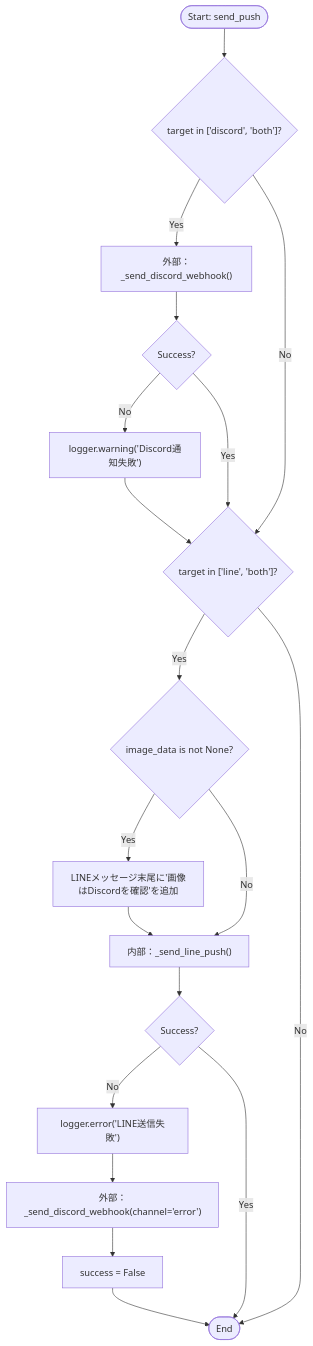
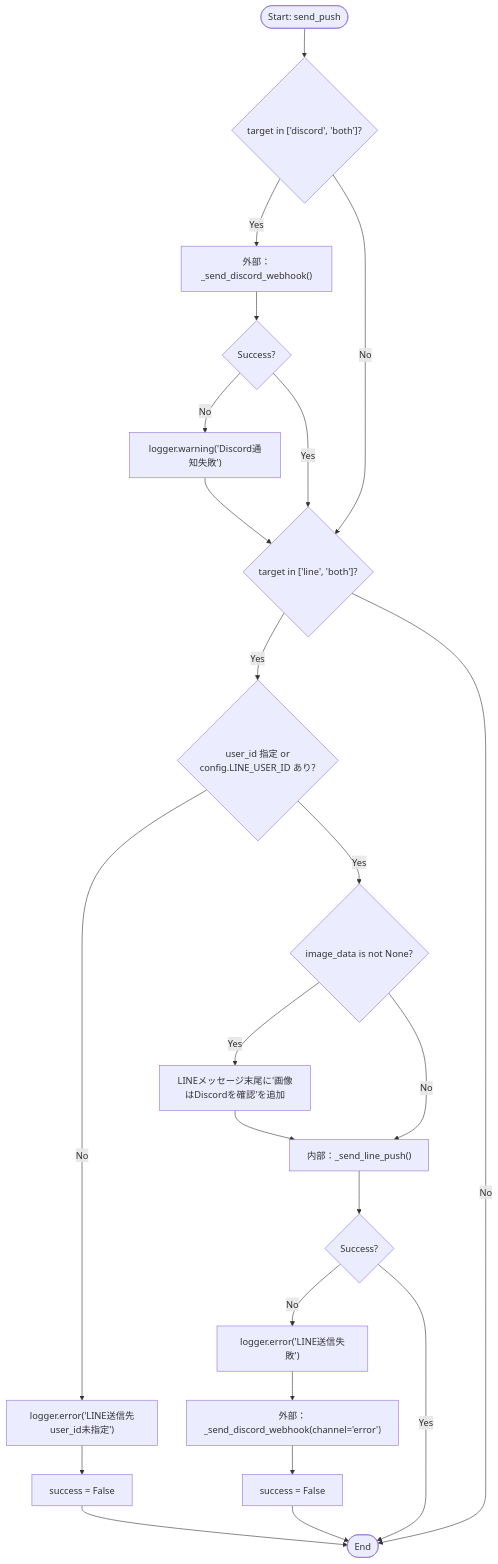
One commit to mmtigers/my_python_project changed the first of 2 diagrams in docs/specifications/MY_HOME_SYSTEM/notification_service.md. Above: the diagram before and after it, drawn with Mermaid. The commit also changed other lines of this file and 33 other files, not shown here.

````diff
--- a/docs/specifications/MY_HOME_SYSTEM/notification_service.md
+++ b/docs/specifications/MY_HOME_SYSTEM/notification_service.md
@@ -209,27 +209,32 @@
 ```mermaid
 flowchart TD
     Start([Start: send_push]) --> TargetCheckDiscord{"target in ['discord', 'both']?"}
     
     TargetCheckDiscord -- Yes --> DiscordSend["外部：_send_discord_webhook()"]
     DiscordSend --> DiscordSuccessCheck{"Success?"}
     DiscordSuccessCheck -- No --> DiscordLogWarning["logger.warning('Discord通知失敗')"]
     DiscordLogWarning --> TargetCheckLine
     DiscordSuccessCheck -- Yes --> TargetCheckLine
     
     TargetCheckDiscord -- No --> TargetCheckLine{"target in ['line', 'both']?"}
     
-    TargetCheckLine -- Yes --> ImageDataCheck{"image_data is not None?"}
+    TargetCheckLine -- Yes --> ResolveUserId{"user_id 指定 or<br/>config.LINE_USER_ID あり?"}
+    ResolveUserId -- No --> LogNoUserId["logger.error('LINE送信先user_id未指定')"]
+    LogNoUserId --> SetSuccessFalseNoUserId["success = False"]
+    SetSuccessFalseNoUserId --> End([End])
+
+    ResolveUserId -- Yes --> ImageDataCheck{"image_data is not None?"}
     ImageDataCheck -- Yes --> AddNote["LINEメッセージ末尾に'画像はDiscordを確認'を追加"]
     AddNote --> LineSend["内部：_send_line_push()"]
     ImageDataCheck -- No --> LineSend
     
     LineSend --> LineSuccessCheck{"Success?"}
     LineSuccessCheck -- No --> LineLogError["logger.error('LINE送信失敗')"]
     LineLogError --> FallbackSend["外部：_send_discord_webhook(channel='error')"]
     FallbackSend --> SetSuccessFalse["success = False"]
-    SetSuccessFalse --> End([End])
+    SetSuccessFalse --> End
     LineSuccessCheck -- Yes --> End
     
     TargetCheckLine -- No --> End
 
 ```
````
